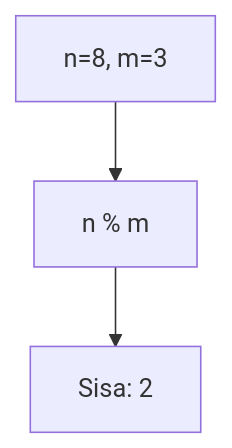
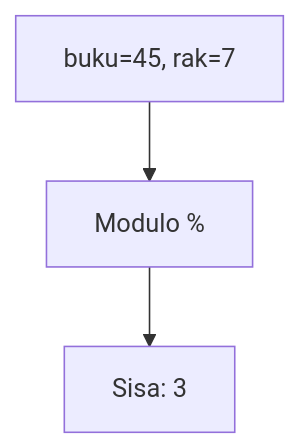
One commit to amnahwaida/OSNK_INF_PREP changed diagram 16 of 25 in part-c-pemahaman-cpp/01-tipe-data/latihan/set-06.md. Above: the diagram before and after it, drawn with Mermaid. The commit also changed other lines of this file and 71 other files, not shown here.

````diff
--- a/part-c-pemahaman-cpp/01-tipe-data/latihan/set-06.md
+++ b/part-c-pemahaman-cpp/01-tipe-data/latihan/set-06.md
@@ -432,5 +452,5 @@
 ```mermaid
 graph TD
-A["n=8, m=3"] --> B["n % m"]
-B --> C["Sisa: 2"]
+A["buku=45, rak=7"] --> B["Modulo %"]
+B --> C["Sisa: 3"]
 ```
````
